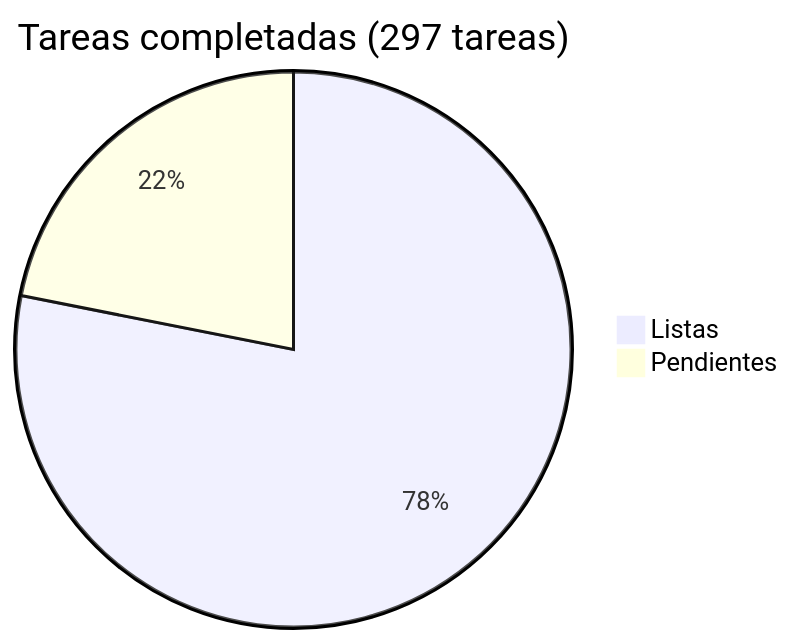
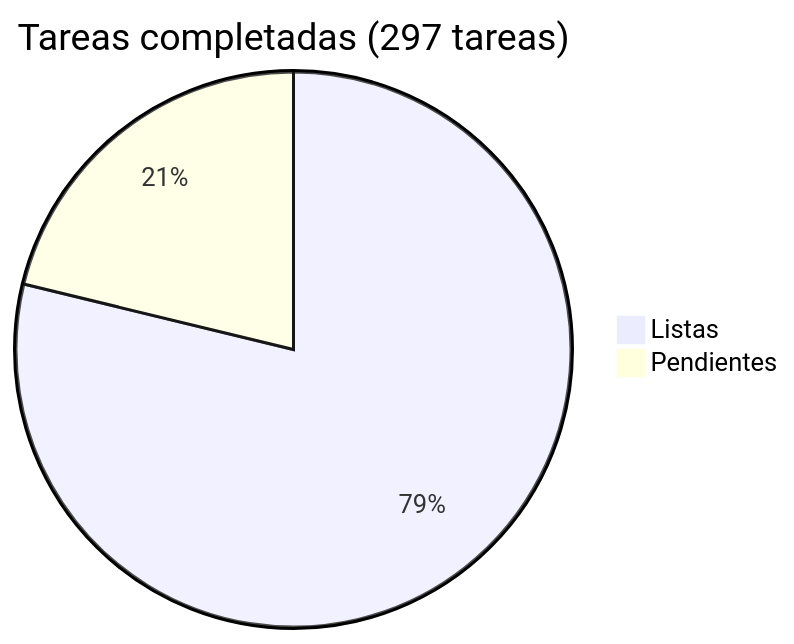
The diagram in docs/roadmap/README.md (araguaney-lat/araguaney), drawn with Mermaid before and after one commit. The commit also changed other lines of this file and 19 other files, not shown here.

````diff
--- a/docs/roadmap/README.md
+++ b/docs/roadmap/README.md
@@ -5,5 +5,5 @@
 ```mermaid
 pie title Tareas completadas (297 tareas)
-    "Listas" : 232
-    "Pendientes" : 65
+    "Listas" : 234
+    "Pendientes" : 63
 ```
````
